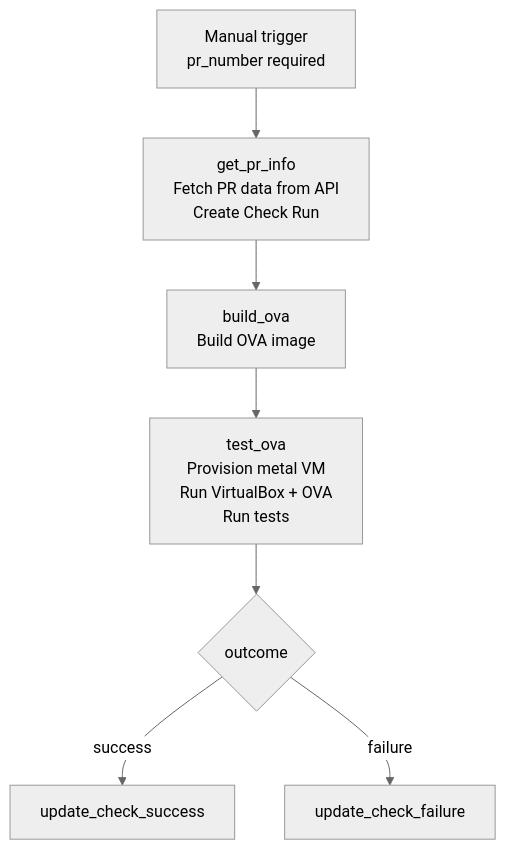
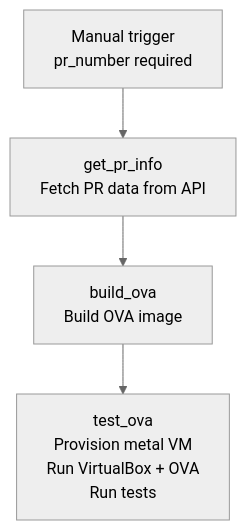
Before and after one commit to wazuh/wazuh-virtual-machines: the second of 2 diagrams in docs/ref/integration_test/ova_integration_tests.md, drawn with Mermaid (neutral theme). The commit also changed other lines of this file and 8 other files, not shown here.

````diff
--- a/docs/ref/integration_test/ova_integration_tests.md
+++ b/docs/ref/integration_test/ova_integration_tests.md
@@ -40,9 +43,6 @@
 ```mermaid
 flowchart TD
-    A[Manual trigger\npr_number required] --> C[get_pr_info\nFetch PR data from API\nCreate Check Run]
+    A[Manual trigger\npr_number required] --> C[get_pr_info\nFetch PR data from API]
     C --> D[build_ova\nBuild OVA image]
     D --> E[test_ova\nProvision metal VM\nRun VirtualBox + OVA\nRun tests]
-    E --> F{outcome}
-    F -- success --> G[update_check_success]
-    F -- failure --> H[update_check_failure]
 ```
````
